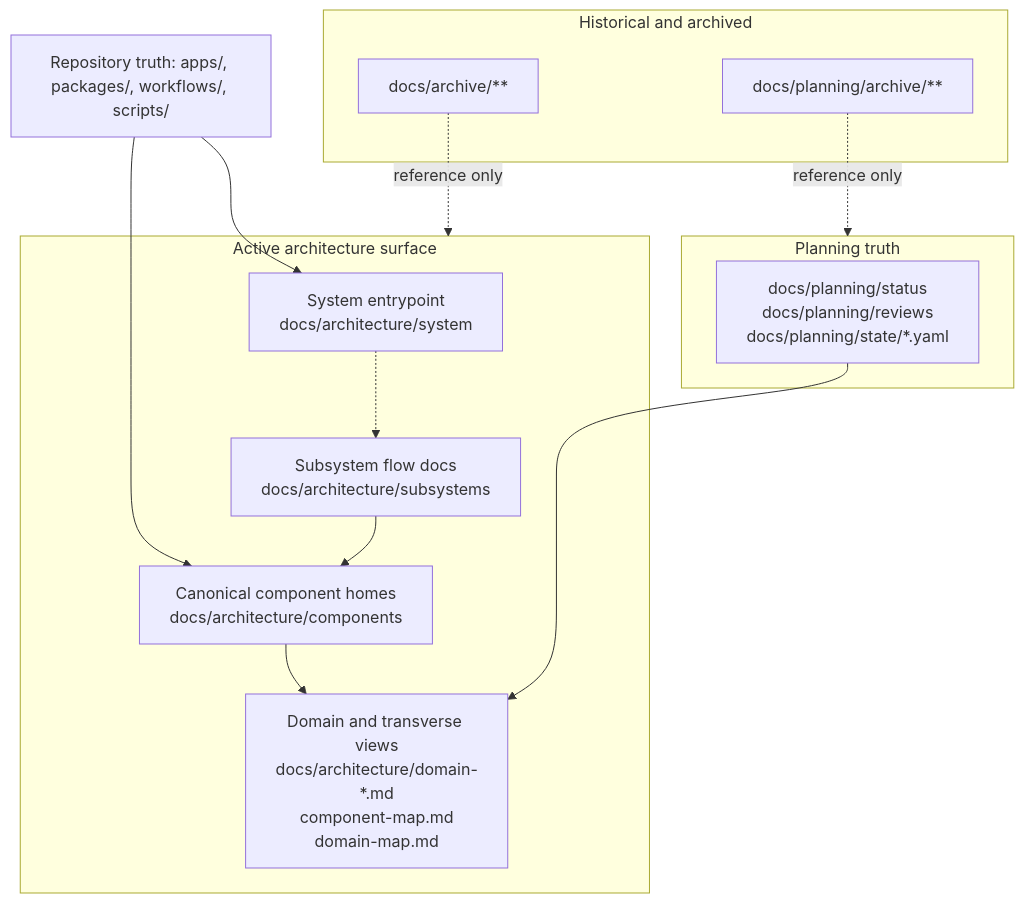
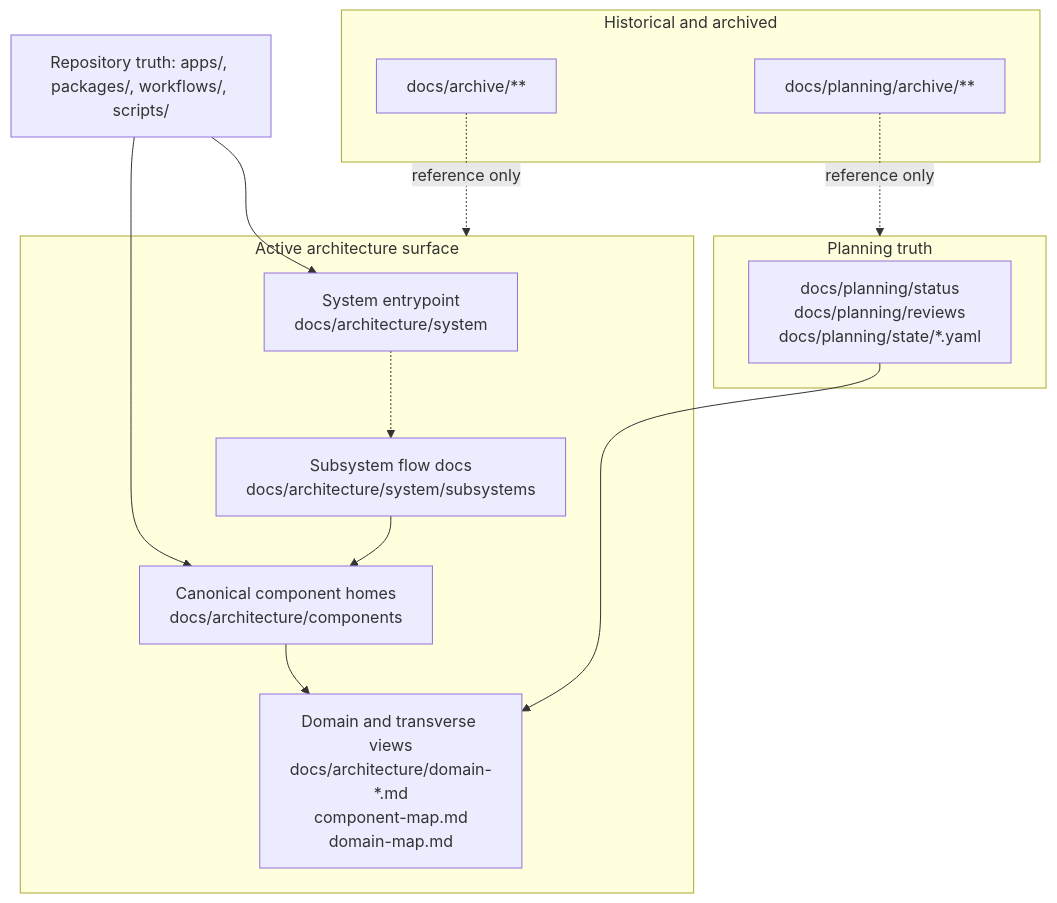
Before and after one commit to dunay2/dvt: the first of 2 diagrams in docs/planning/status/documentation-information-architecture-current-vs-target-20260407.md, drawn with Mermaid. The commit also changed other lines of this file and 423 other files, not shown here.

Commit message:
docs(docs): Rehome architecture docs under components and system

````diff
--- a/docs/planning/status/documentation-information-architecture-current-vs-target-20260407.md
+++ b/docs/planning/status/documentation-information-architecture-current-vs-target-20260407.md
@@ -27,29 +27,29 @@
 ```mermaid
 flowchart TB
   Repo["Repository truth: apps/, packages/, workflows/, scripts/"]
 
   subgraph Active["Active architecture surface"]
     System["System entrypoint\ndocs/architecture/system"]
-    Subsystems["Subsystem flow docs\ndocs/architecture/subsystems"]
+    Subsystems["Subsystem flow docs\ndocs/architecture/system/subsystems"]
     Components["Canonical component homes\ndocs/architecture/components"]
     Domains["Domain and transverse views\ndocs/architecture/domain-*.md\ncomponent-map.md\ndomain-map.md"]
   end
 
   subgraph Planning["Planning truth"]
     PlanningState["docs/planning/status\ndocs/planning/reviews\ndocs/planning/state/*.yaml"]
   end
 
   subgraph Historical["Historical and archived"]
     Archive["docs/archive/**"]
     PlanningArchive["docs/planning/archive/**"]
   end
 
   Repo --> System
   Repo --> Components
   System -.-> Subsystems
   Subsystems --> Components
   Components --> Domains
   PlanningState --> Domains
   Archive -. reference only .-> Active
   PlanningArchive -. reference only .-> Planning
 ```
````
